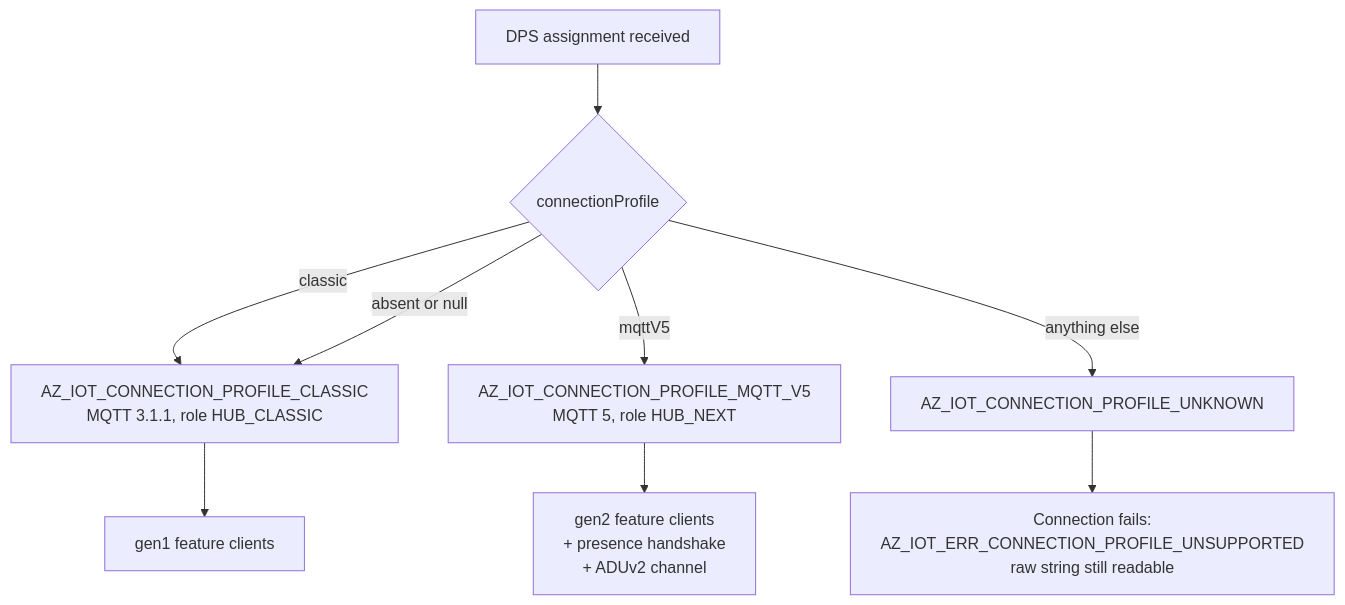
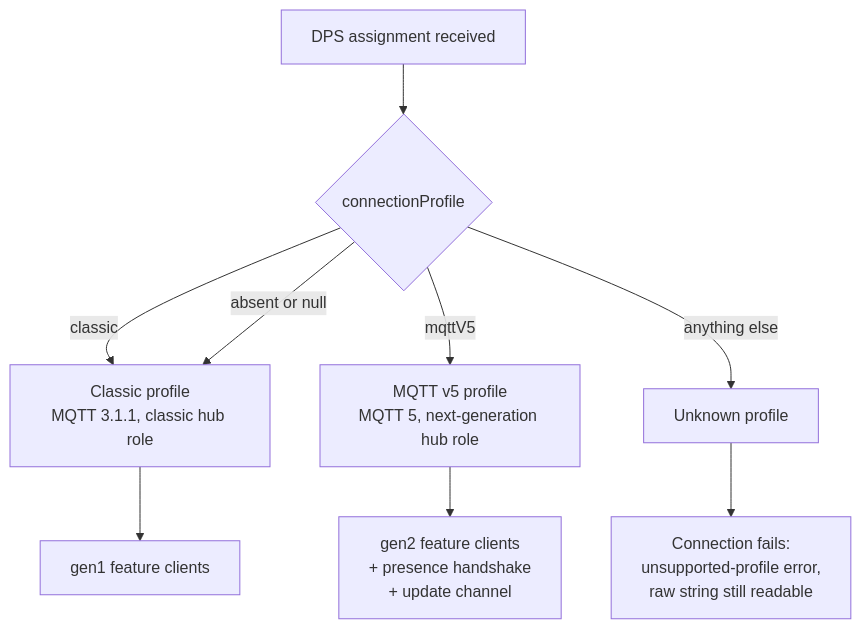
One commit to Azure/azure-iot-sdk changed the fourth of 9 diagrams in c/docs/connection.md. Above: the diagram before and after it, drawn with Mermaid. The commit also changed other lines of this file and 1 other file, not shown here.

First line of the commit message:
docs: split connection lifecycle into generic and C-specific documents

````diff
--- a/c/docs/connection.md
+++ b/c/docs/connection.md
@@ -191,11 +211,11 @@
 ```mermaid
 flowchart TB
     A["DPS assignment received"] --> B{"connectionProfile"}
-    B -->|"classic"| C["AZ_IOT_CONNECTION_PROFILE_CLASSIC<br/>MQTT 3.1.1, role HUB_CLASSIC"]
+    B -->|"classic"| C["Classic profile<br/>MQTT 3.1.1, classic hub role"]
     B -->|"absent or null"| C
-    B -->|"mqttV5"| D["AZ_IOT_CONNECTION_PROFILE_MQTT_V5<br/>MQTT 5, role HUB_NEXT"]
-    B -->|"anything else"| E["AZ_IOT_CONNECTION_PROFILE_UNKNOWN"]
+    B -->|"mqttV5"| D["MQTT v5 profile<br/>MQTT 5, next-generation hub role"]
+    B -->|"anything else"| E["Unknown profile"]
     C --> F["gen1 feature clients"]
-    D --> G["gen2 feature clients<br/>+ presence handshake<br/>+ ADUv2 channel"]
-    E --> H["Connection fails:<br/>AZ_IOT_ERR_CONNECTION_PROFILE_UNSUPPORTED<br/>raw string still readable"]
+    D --> G["gen2 feature clients<br/>+ presence handshake<br/>+ update channel"]
+    E --> H["Connection fails:<br/>unsupported-profile error,<br/>raw string still readable"]
 ```
````
